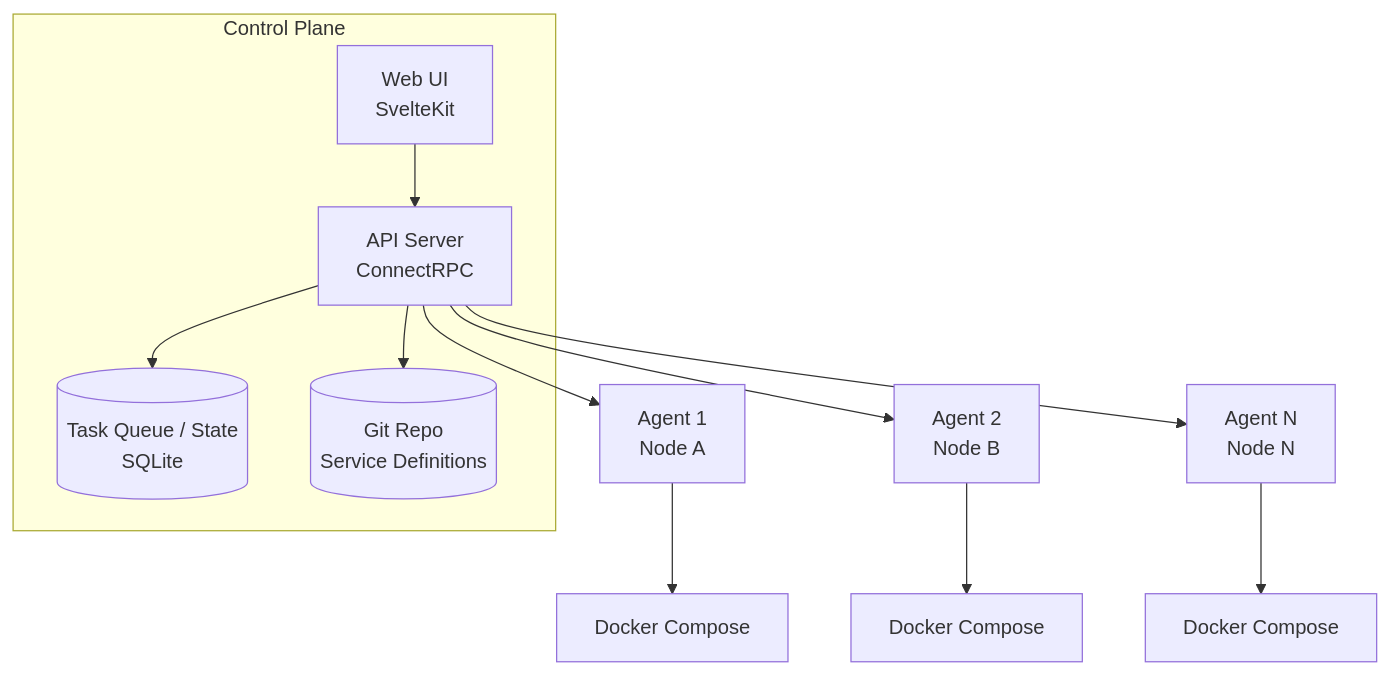
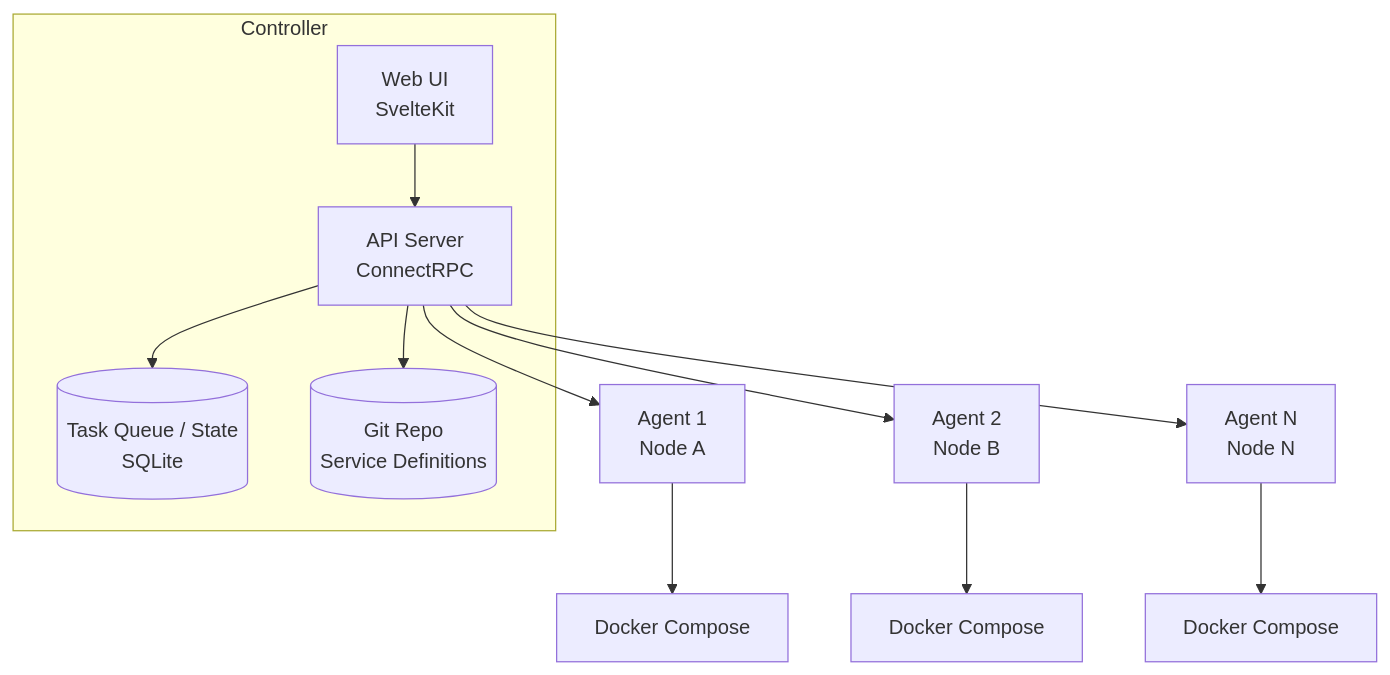
The first of 5 diagrams in docs/content/zh-hans/guide/architecture.md (alexma233/composia), drawn with Mermaid before and after one commit. The commit also changed other lines of this file and 21 other files, not shown here.

````diff
--- a/docs/content/zh-hans/guide/architecture.md
+++ b/docs/content/zh-hans/guide/architecture.md
@@ -7,21 +7,21 @@
 ```mermaid
 flowchart TB
-    subgraph CP[Control Plane]
+    subgraph CP[Controller]
         WEB[Web UI\nSvelteKit]
         API[API Server\nConnectRPC]
         DB[(Task Queue / State\nSQLite)]
         REPO[(Git Repo\nService Definitions)]
     end
 
     WEB --> API
     API --> DB
     API --> REPO
 
     API --> A1[Agent 1\nNode A]
     API --> A2[Agent 2\nNode B]
     API --> AN[Agent N\nNode N]
 
     A1 --> D1[Docker Compose]
     A2 --> D2[Docker Compose]
     AN --> DN[Docker Compose]
 ```
````
